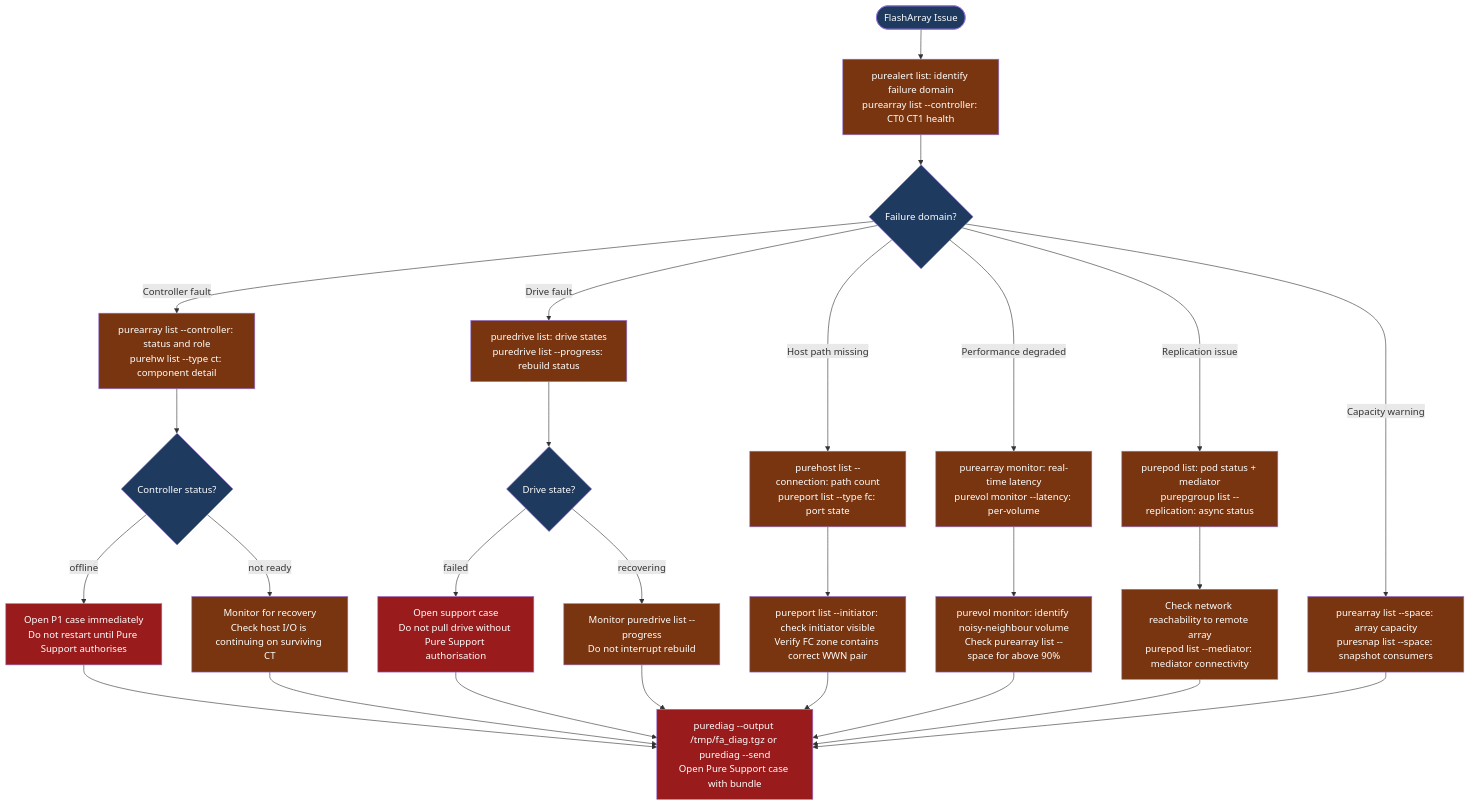
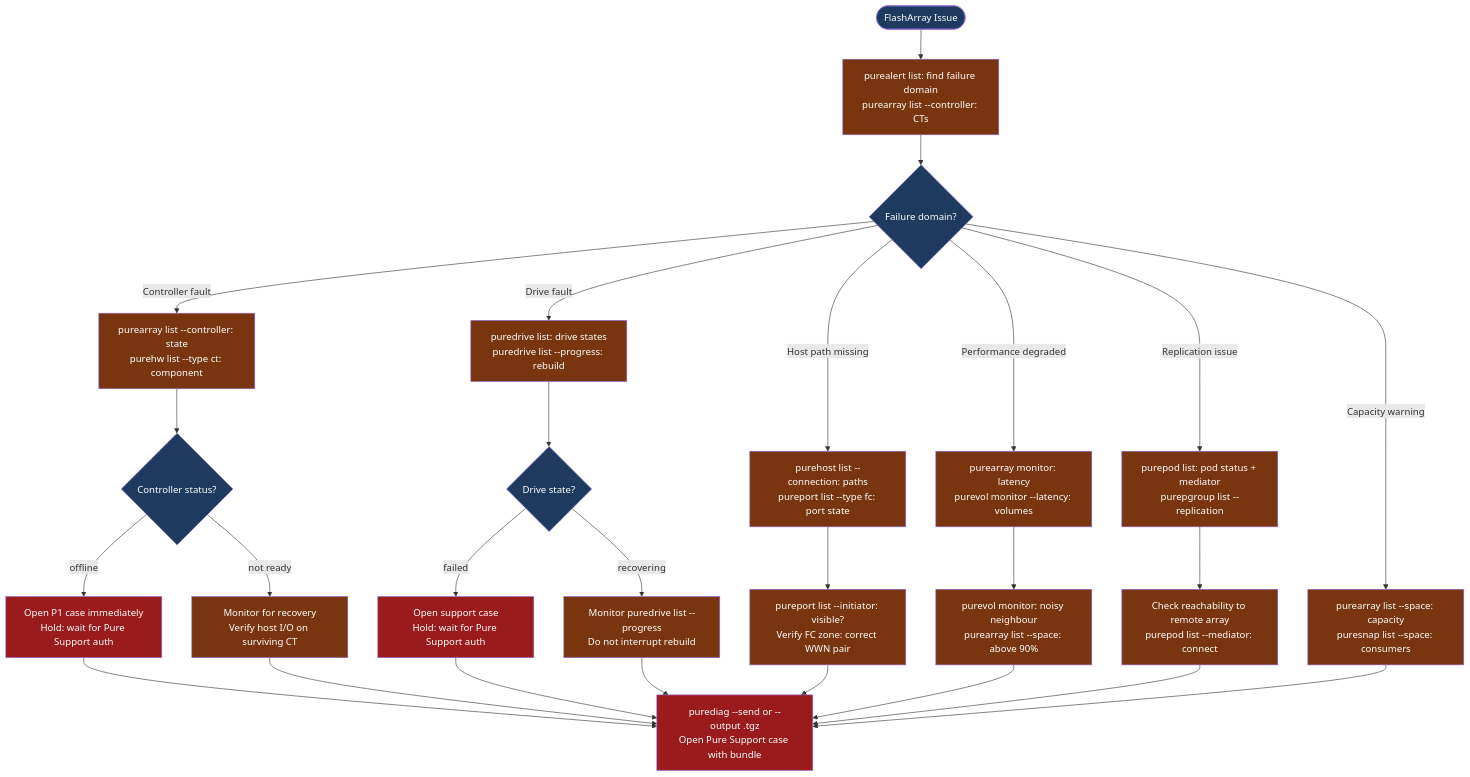
The diagram in docs/storage/pure/flasharray/troubleshooting/diagnostics.md (canast01/chris-kb), drawn with Mermaid before and after one commit. The commit also changed 5 other files, not shown here.

First line of the commit message:
Fix Check 19 Mermaid label overflow in storage diagnostics pages

````diff
--- a/docs/storage/pure/flasharray/troubleshooting/diagnostics.md
+++ b/docs/storage/pure/flasharray/troubleshooting/diagnostics.md
@@ -66,35 +66,35 @@
 ```mermaid
 graph TD
-    A([FlashArray Issue]) --> B[purealert list: identify failure domain\npurearray list --controller: CT0 CT1 health]
+    A([FlashArray Issue]) --> B[purealert list: find failure domain\npurearray list --controller: CTs]
     B --> C{Failure domain?}
-    C -->|Controller fault| D[purearray list --controller: status and role\npurehw list --type ct: component detail]
-    C -->|Drive fault| E[puredrive list: drive states\npuredrive list --progress: rebuild status]
-    C -->|Host path missing| F[purehost list --connection: path count\npureport list --type fc: port state]
-    C -->|Performance degraded| G[purearray monitor: real-time latency\npurevol monitor --latency: per-volume]
-    C -->|Replication issue| H[purepod list: pod status + mediator\npurepgroup list --replication: async status]
-    C -->|Capacity warning| I[purearray list --space: array capacity\npuresnap list --space: snapshot consumers]
+    C -->|Controller fault| D[purearray list --controller: state\npurehw list --type ct: component]
+    C -->|Drive fault| E[puredrive list: drive states\npuredrive list --progress: rebuild]
+    C -->|Host path missing| F[purehost list --connection: paths\npureport list --type fc: port state]
+    C -->|Performance degraded| G[purearray monitor: latency\npurevol monitor --latency: volumes]
+    C -->|Replication issue| H[purepod list: pod status + mediator\npurepgroup list --replication]
+    C -->|Capacity warning| I[purearray list --space: capacity\npuresnap list --space: consumers]
     D --> J{Controller status?}
-    J -->|offline| K[Open P1 case immediately\nDo not restart until Pure Support authorises]
-    J -->|not ready| L[Monitor for recovery\nCheck host I/O is continuing on surviving CT]
+    J -->|offline| K[Open P1 case immediately\nHold: wait for Pure Support auth]
+    J -->|not ready| L[Monitor for recovery\nVerify host I/O on surviving CT]
     E --> M{Drive state?}
-    M -->|failed| N[Open support case\nDo not pull drive without Pure Support authorisation]
+    M -->|failed| N[Open support case\nHold: wait for Pure Support auth]
     M -->|recovering| O[Monitor puredrive list --progress\nDo not interrupt rebuild]
-    F --> P[pureport list --initiator: check initiator visible\nVerify FC zone contains correct WWN pair]
-    G --> Q[purevol monitor: identify noisy-neighbour volume\nCheck purearray list --space for above 90%]
-    H --> R[Check network reachability to remote array\npurepod list --mediator: mediator connectivity]
-    K --> S[purediag --output /tmp/fa_diag.tgz or purediag --send\nOpen Pure Support case with bundle]
+    F --> P[pureport list --initiator: visible?\nVerify FC zone: correct WWN pair]
+    G --> Q[purevol monitor: noisy neighbour\npurearray list --space: above 90%]
+    H --> R[Check reachability to remote array\npurepod list --mediator: connect]
+    K --> S[purediag --send or --output .tgz\nOpen Pure Support case with bundle]
     L --> S
     N --> S
     O --> S
     P --> S
     Q --> S
     R --> S
     I --> S
 
     classDef dark fill:#1e3a5f,color:#fff
     classDef action fill:#78350f,color:#fff
     classDef escalate fill:#991b1b,color:#fff
     class A,C,J,M dark
     class B,D,E,F,G,H,I,L,O,P,Q,R action
     class K,N,S escalate
 ```
````
